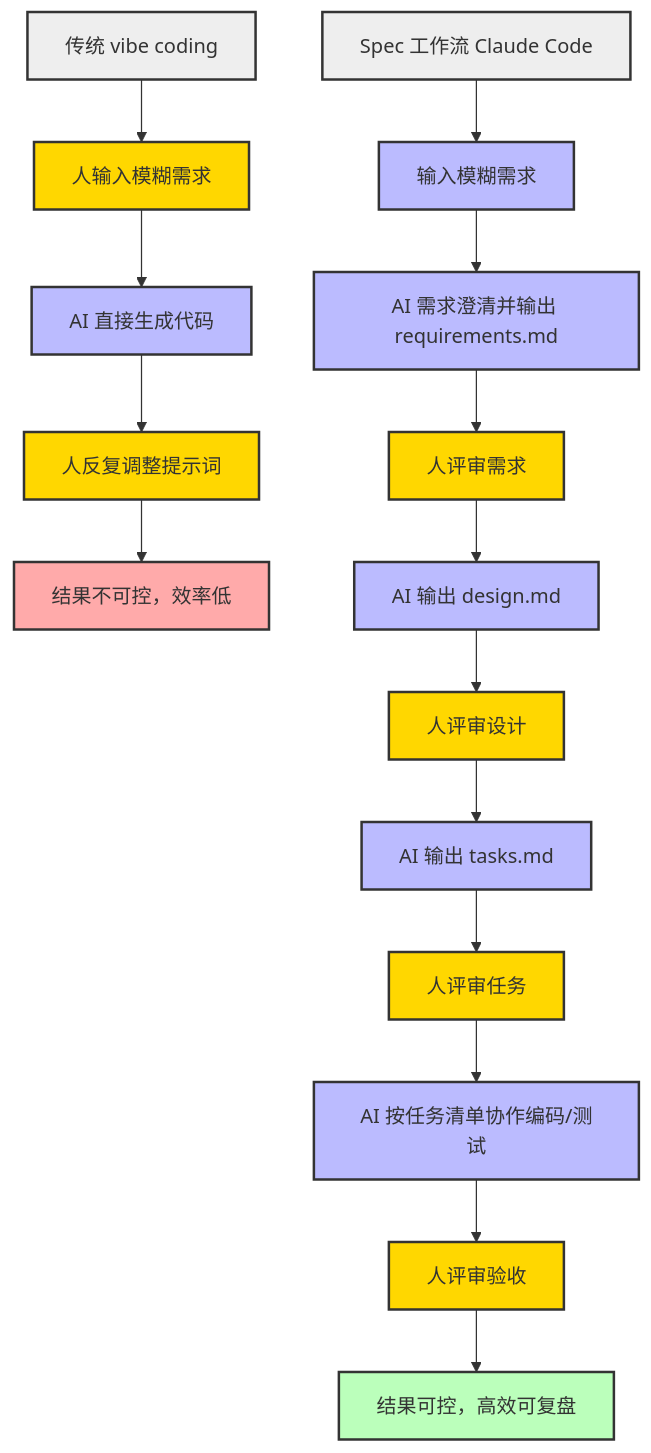
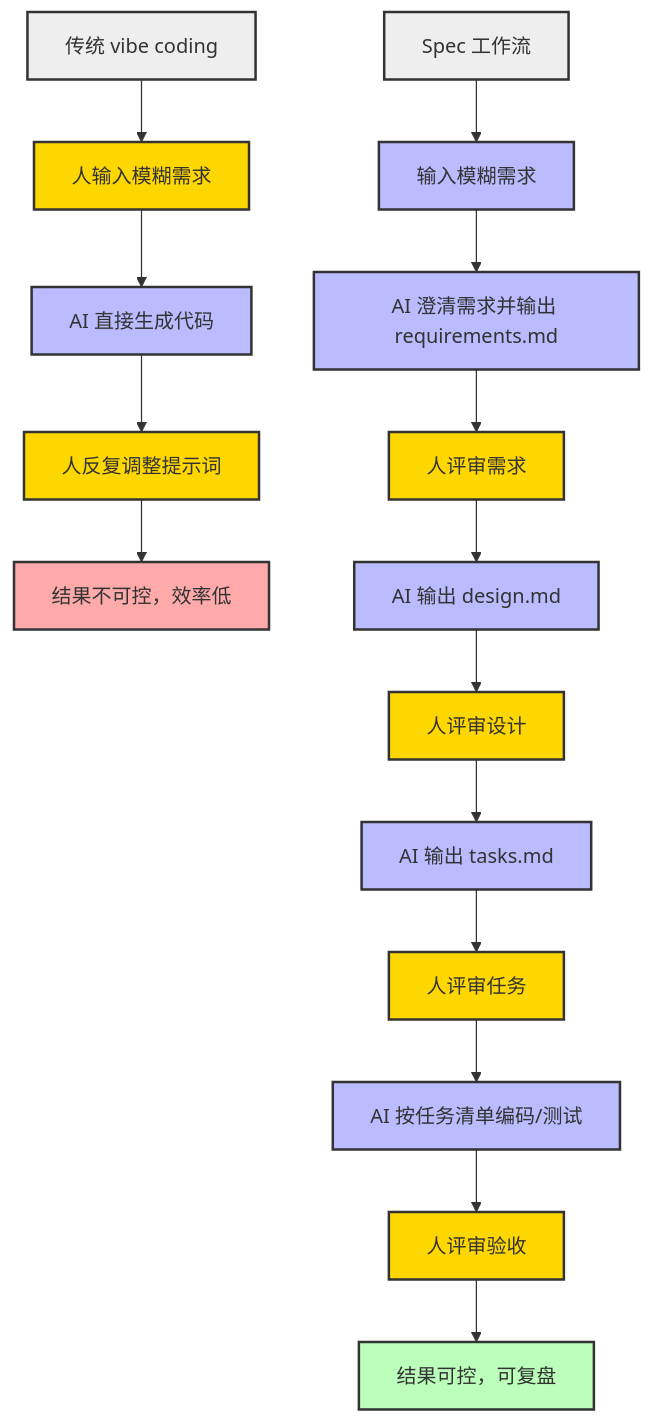
The diagram in blog/2025-07-21-kiro-spec-workflow/index.md (binggg/binggg.github.io), drawn with Mermaid before and after one commit. The commit also changed other lines of this file and 3 other files, not shown here.

````diff
--- a/blog/2025-07-21-kiro-spec-workflow/index.md
+++ b/blog/2025-07-21-kiro-spec-workflow/index.md
@@ -144,35 +133,35 @@
 ```mermaid
 flowchart TD
     A0[传统 vibe coding]:::group
     B1[人输入模糊需求]
     B2[AI 直接生成代码]
     B3[人反复调整提示词]
     B4[结果不可控，效率低]
     A0 --> B1 --> B2 --> B3 --> B4
 
-    A1[Spec 工作流 Claude Code]:::group
+    A1[Spec 工作流]:::group
     S1[输入模糊需求]
-    S2[AI 需求澄清并输出 requirements.md]
+    S2[AI 澄清需求并输出 requirements.md]
     S3[人评审需求]
     S4[AI 输出 design.md]
     S5[人评审设计]
     S6[AI 输出 tasks.md]
     S7[人评审任务]
-    S8[AI 按任务清单协作编码/测试]
+    S8[AI 按任务清单编码/测试]
     S9[人评审验收]
-    S10[结果可控，高效可复盘]
+    S10[结果可控，可复盘]
     A1 --> S1 --> S2 --> S3 --> S4 --> S5 --> S6 --> S7 --> S8 --> S9 --> S10
 
     classDef group fill:#eee,stroke:#333,stroke-width:2px;
     classDef human fill:#ffd700,stroke:#333,stroke-width:2px;
     classDef ai fill:#bbf,stroke:#333,stroke-width:2px;
     classDef bad fill:#faa,stroke:#333,stroke-width:2px;
     classDef good fill:#bfb,stroke:#333,stroke-width:2px;
 
     class B1,B3 human;
     class B2 ai;
     class B4 bad;
     class S1,S2,S4,S6,S8 ai;
     class S3,S5,S7,S9 human;
     class S10 good;
 ```
````
